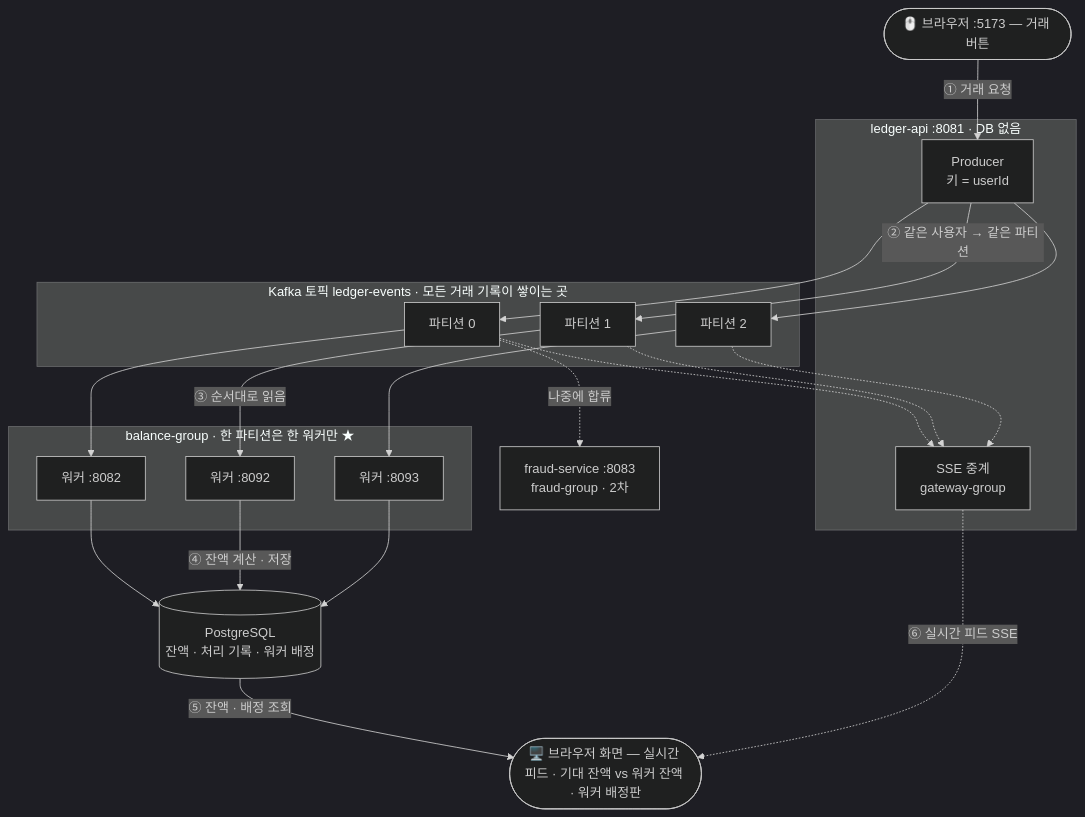
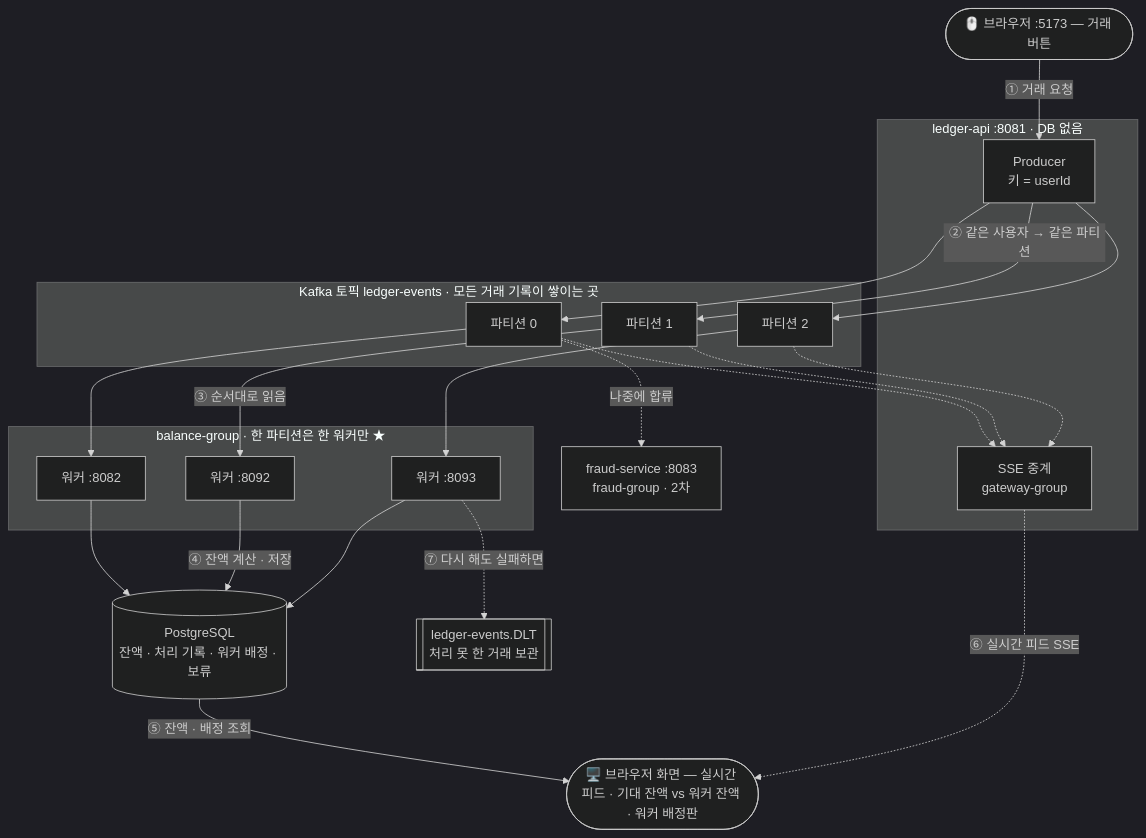
One commit to ytw9699/kafka_study changed the diagram in README.md. Above: the diagram before and after it, drawn with Mermaid (dark theme). The commit also changed other lines of this file and 13 other files, not shown here.

````diff
--- a/README.md
+++ b/README.md
@@ -70,42 +68,44 @@
 ```mermaid
 flowchart TB
     IN(["🖱️ 브라우저 :5173 — 거래 버튼"])
 
     subgraph API["ledger-api :8081 · DB 없음"]
         PUB["Producer<br/>키 = userId"]
         GW["SSE 중계<br/>gateway-group"]
     end
 
     subgraph KAFKA["Kafka 토픽 ledger-events · 모든 거래 기록이 쌓이는 곳"]
         P0["파티션 0"]
         P1["파티션 1"]
         P2["파티션 2"]
     end
 
     subgraph BG["balance-group · 한 파티션은 한 워커만 ★"]
         W1["워커 :8082"]
         W2["워커 :8092"]
         W3["워커 :8093"]
     end
 
-    DB[("PostgreSQL<br/>잔액 · 처리 기록 · 워커 배정")]
+    DB[("PostgreSQL<br/>잔액 · 처리 기록 · 워커 배정 · 보류")]
+    DLT[["ledger-events.DLT<br/>처리 못 한 거래 보관"]]
     FR["fraud-service :8083<br/>fraud-group · 2차"]
     OUT(["🖥️ 브라우저 화면 — 실시간 피드 · 기대 잔액 vs 워커 잔액 · 워커 배정판"])
 
     IN -->|"① 거래 요청"| PUB
     PUB --> P0
     PUB -->|"② 같은 사용자 → 같은 파티션"| P1
     PUB --> P2
     P0 --> W1
     P1 -->|"③ 순서대로 읽음"| W2
     P2 --> W3
     W1 --> DB
     W2 -->|"④ 잔액 계산 · 저장"| DB
     W3 --> DB
     DB -->|"⑤ 잔액 · 배정 조회"| OUT
     P0 -.-> GW
     P1 -.-> GW
     P2 -.-> GW
     GW -.->|"⑥ 실시간 피드 SSE"| OUT
+    W3 -.->|"⑦ 다시 해도 실패하면"| DLT
     P0 -.->|"나중에 합류"| FR
 ```
````
